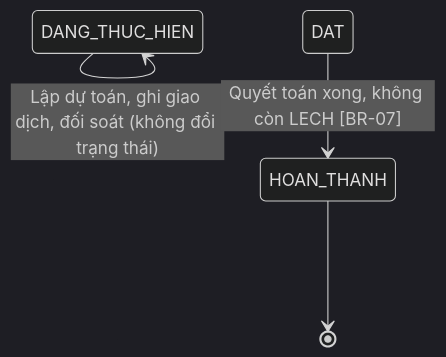
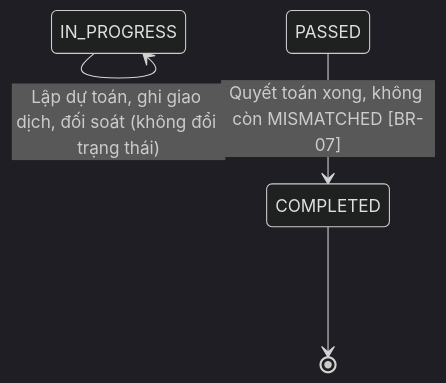
One commit to PTZero2026/rms-docs changed the second of 3 diagrams in docs/features/F05-quan-ly-kinh-phi/spec.md. Above: the diagram before and after it, drawn with Mermaid (dark theme). The commit also changed other lines of this file and 44 other files, not shown here.

Commit message:
docs: update project roadmap, architecture decisions, and comprehensive documentation for core features and testing plans

````diff
--- a/docs/features/F05-quan-ly-kinh-phi/spec.md
+++ b/docs/features/F05-quan-ly-kinh-phi/spec.md
@@ -96,6 +96,6 @@
 ```mermaid
 stateDiagram-v2
-    DANG_THUC_HIEN --> DANG_THUC_HIEN : Lập dự toán, ghi giao dịch, đối soát (không đổi trạng thái)
-    DAT --> HOAN_THANH : Quyết toán xong, không còn LECH [BR-07]
-    HOAN_THANH --> [*]
+    IN_PROGRESS --> IN_PROGRESS : Lập dự toán, ghi giao dịch, đối soát (không đổi trạng thái)
+    PASSED --> COMPLETED : Quyết toán xong, không còn MISMATCHED [BR-07]
+    COMPLETED --> [*]
 ```
````
